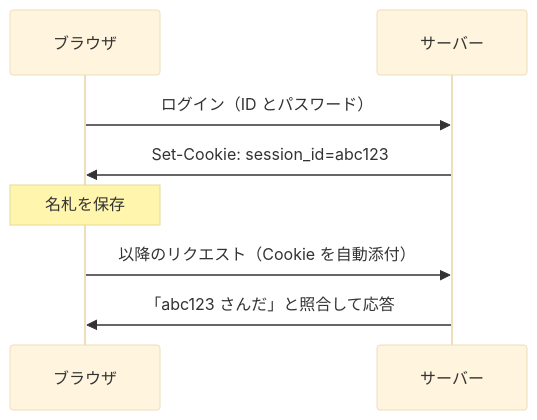
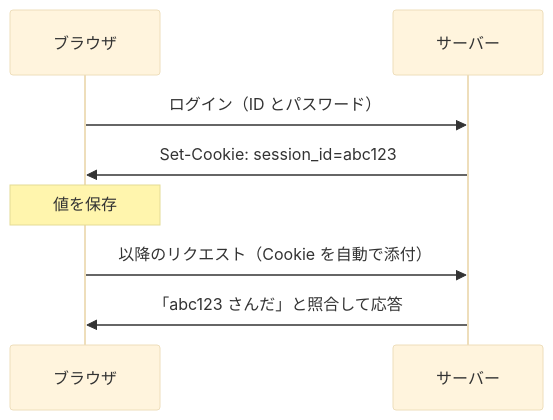
Before and after one commit to ozaki25/web-front-training-ozaki25: the diagram in docs/drafts/051/index.md, drawn with Mermaid (base theme). The commit also changed other lines of this file, not shown here.

Commit message:
051 を「Cookie そのもの」に再構成: 単一核=自動送信とその制御。same-site/same-origin の比較を新設、属性を制御の観点で整理、セッション/JWT深掘りとAI節を除去

````diff
--- a/docs/drafts/051/index.md
+++ b/docs/drafts/051/index.md
@@ -34,10 +32,10 @@
 ```mermaid
 sequenceDiagram
   participant B as ブラウザ
   participant S as サーバー
   B->>S: ログイン（ID とパスワード）
   S->>B: Set-Cookie: session_id=abc123
-  Note over B: 名札を保存
-  B->>S: 以降のリクエスト（Cookie を自動添付）
+  Note over B: 値を保存
+  B->>S: 以降のリクエスト（Cookie を自動で添付）
   S->>B: 「abc123 さんだ」と照合して応答
 ```
````
